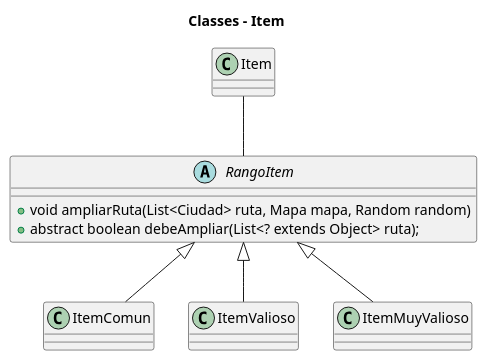
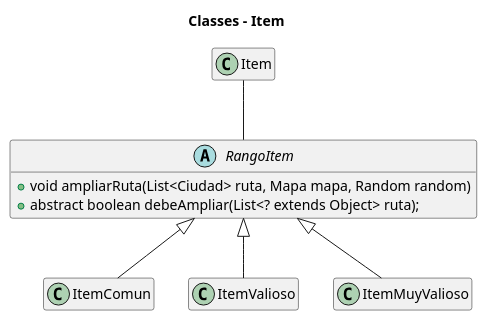
One commit to MarconMatias/TP2-AyPIII changed the diagram in diagrams/classes/clase_item.plantuml. Above: the diagram before and after it, drawn with PlantUML. The commit also changed 15 other files, not shown here.

```diff
--- a/diagrams/classes/clase_item.plantuml
+++ b/diagrams/classes/clase_item.plantuml
@@ -1,21 +1,21 @@
 @startuml
-
+hide empty members
 title Classes - Item
 
 class Item
 abstract class RangoItem{
   +void ampliarRuta(List<Ciudad> ruta, Mapa mapa, Random random)
   +abstract boolean debeAmpliar(List<? extends Object> ruta);
 }
 
 Item -- RangoItem 
 
 class ItemComun
 class ItemValioso
 class ItemMuyValioso
 
 RangoItem <|-- ItemComun 
 RangoItem <|-- ItemValioso
 RangoItem <|-- ItemMuyValioso 
 
 @enduml
```
